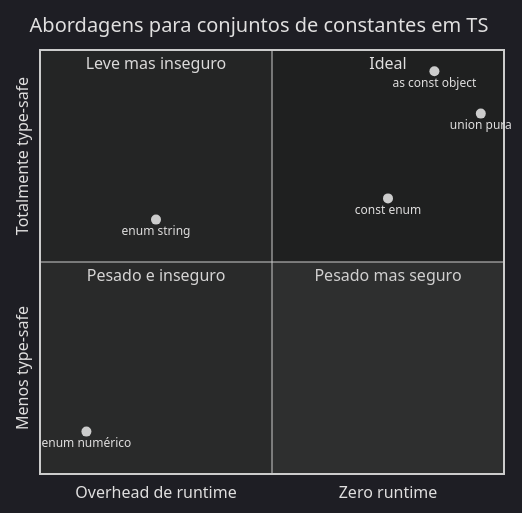
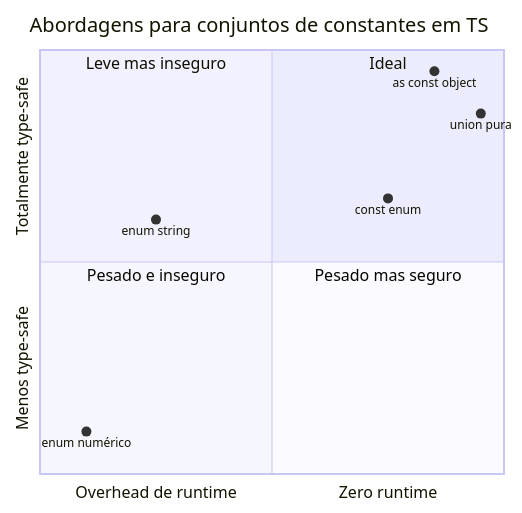
Before and after one commit to josenaldo/codex-technomanticus: the fourth of 4 diagrams in 03-Dominios/Tecnologia/TypeScript/19 - Enums, const objects e modelagem de constantes.md, drawn with Mermaid. The commit also changed other lines of this file and 1181 other files, not shown here.

First line of the commit message:
fix(diagramas): paleta do sistema no lugar de cor cravada no markdown

````diff
--- a/03-Dominios/Tecnologia/TypeScript/19 - Enums, const objects e modelagem de constantes.md
+++ b/03-Dominios/Tecnologia/TypeScript/19 - Enums, const objects e modelagem de constantes.md
@@ -419,16 +424,15 @@
 ```mermaid
-%%{init: {"theme": "dark"}}%%
 quadrantChart
     title Abordagens para conjuntos de constantes em TS
     x-axis "Overhead de runtime" --> "Zero runtime"
     y-axis "Menos type-safe" --> "Totalmente type-safe"
     quadrant-1 "Ideal"
     quadrant-2 "Leve mas inseguro"
     quadrant-3 "Pesado e inseguro"
     quadrant-4 "Pesado mas seguro"
     enum numérico: [0.1, 0.1]
     enum string: [0.25, 0.6]
     const enum: [0.75, 0.65]
     union pura: [0.95, 0.85]
     as const object: [0.85, 0.95]
 ```
````
